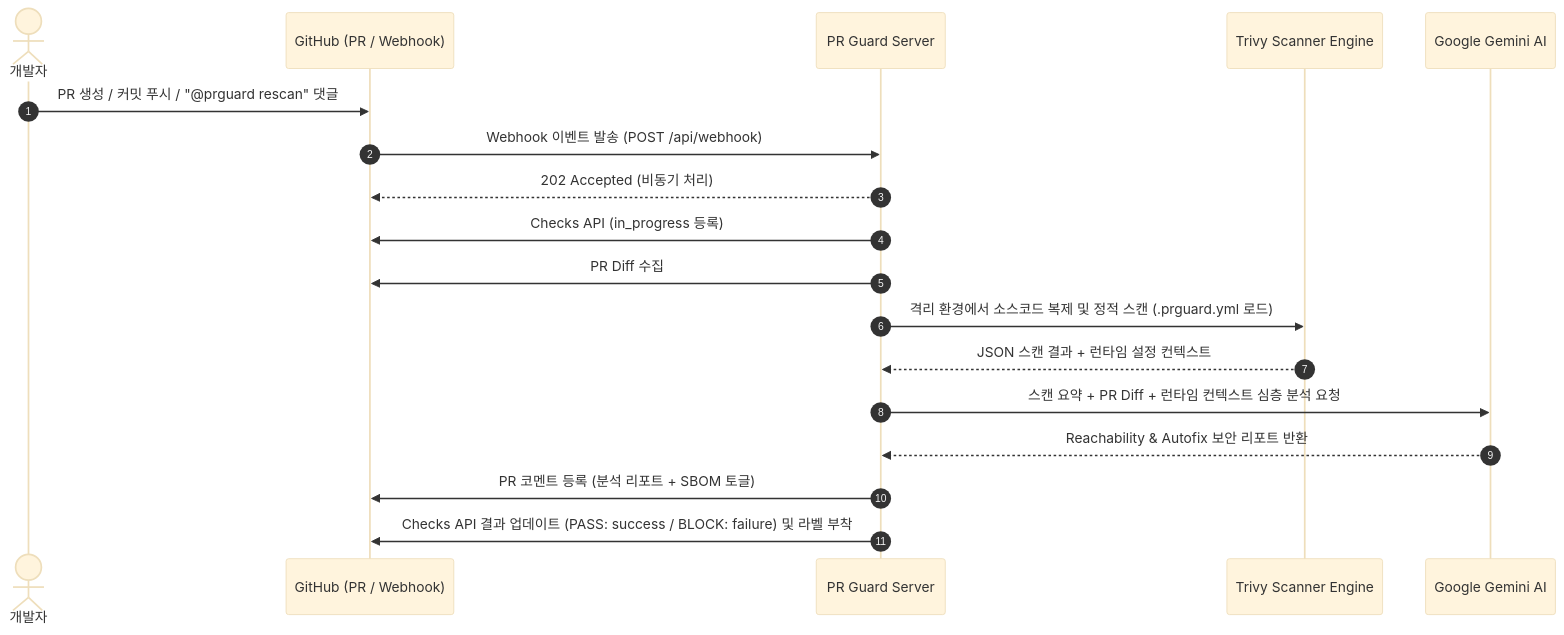
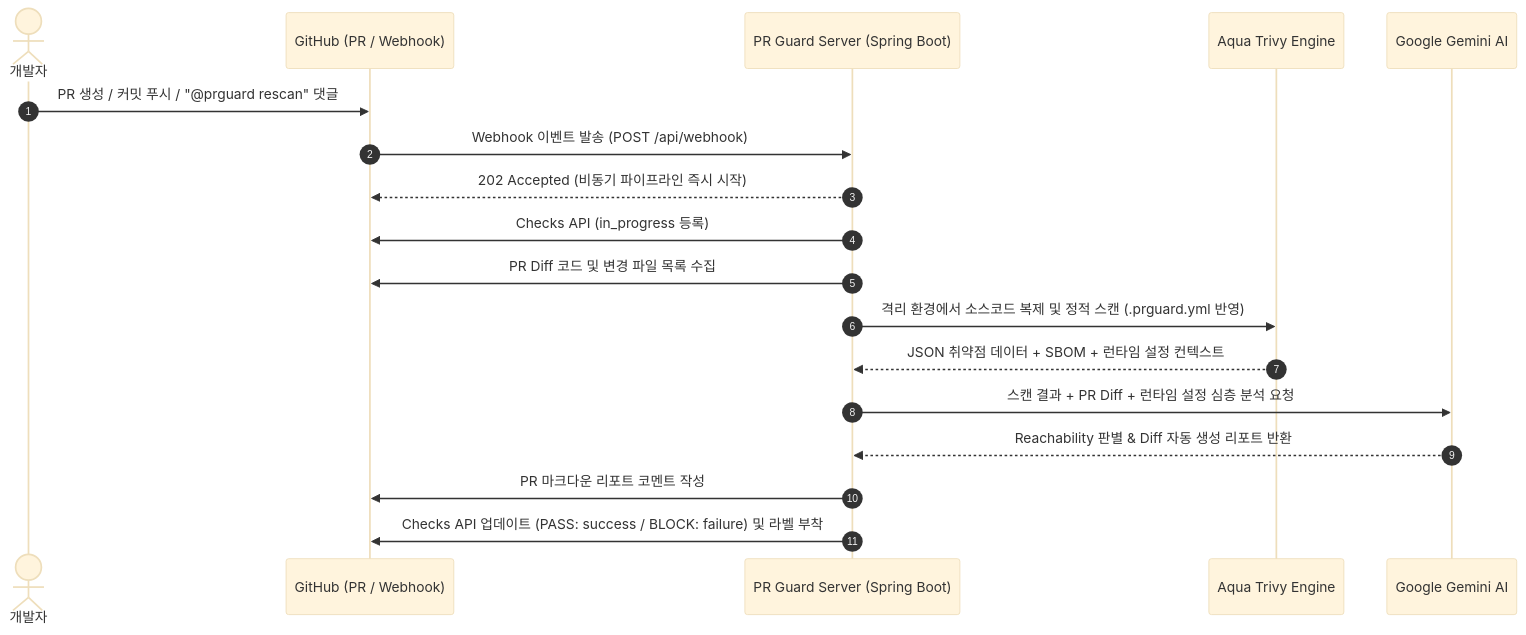
Before and after one commit to pr-guard/pr-guard-server: the diagram in README.md, drawn with Mermaid (base theme). The commit also changed other lines of this file, not shown here.

````diff
--- a/README.md
+++ b/README.md
@@ -36,24 +189,24 @@
 ```mermaid
 sequenceDiagram
     autonumber
     actor Dev as 개발자
     participant GH as GitHub (PR / Webhook)
-    participant Server as PR Guard Server
-    participant Trivy as Trivy Scanner Engine
+    participant Server as PR Guard Server (Spring Boot)
+    participant Trivy as Aqua Trivy Engine
     participant Gemini as Google Gemini AI
 
     Dev->>GH: PR 생성 / 커밋 푸시 / "@prguard rescan" 댓글
     GH->>Server: Webhook 이벤트 발송 (POST /api/webhook)
-    Server-->>GH: 202 Accepted (비동기 처리)
+    Server-->>GH: 202 Accepted (비동기 파이프라인 즉시 시작)
 
     Server->>GH: Checks API (in_progress 등록)
-    Server->>GH: PR Diff 수집
-    Server->>Trivy: 격리 환경에서 소스코드 복제 및 정적 스캔 (.prguard.yml 로드)
-    Trivy-->>Server: JSON 스캔 결과 + 런타임 설정 컨텍스트
+    Server->>GH: PR Diff 코드 및 변경 파일 목록 수집
+    Server->>Trivy: 격리 환경에서 소스코드 복제 및 정적 스캔 (.prguard.yml 반영)
+    Trivy-->>Server: JSON 취약점 데이터 + SBOM + 런타임 설정 컨텍스트
 
-    Server->>Gemini: 스캔 요약 + PR Diff + 런타임 컨텍스트 심층 분석 요청
-    Gemini-->>Server: Reachability & Autofix 보안 리포트 반환
+    Server->>Gemini: 스캔 결과 + PR Diff + 런타임 설정 심층 분석 요청
+    Gemini-->>Server: Reachability 판별 & Diff 자동 생성 리포트 반환
 
-    Server->>GH: PR 코멘트 등록 (분석 리포트 + SBOM 토글)
-    Server->>GH: Checks API 결과 업데이트 (PASS: success / BLOCK: failure) 및 라벨 부착
+    Server->>GH: PR 마크다운 리포트 코멘트 작성
+    Server->>GH: Checks API 업데이트 (PASS: success / BLOCK: failure) 및 라벨 부착
 ```
````
